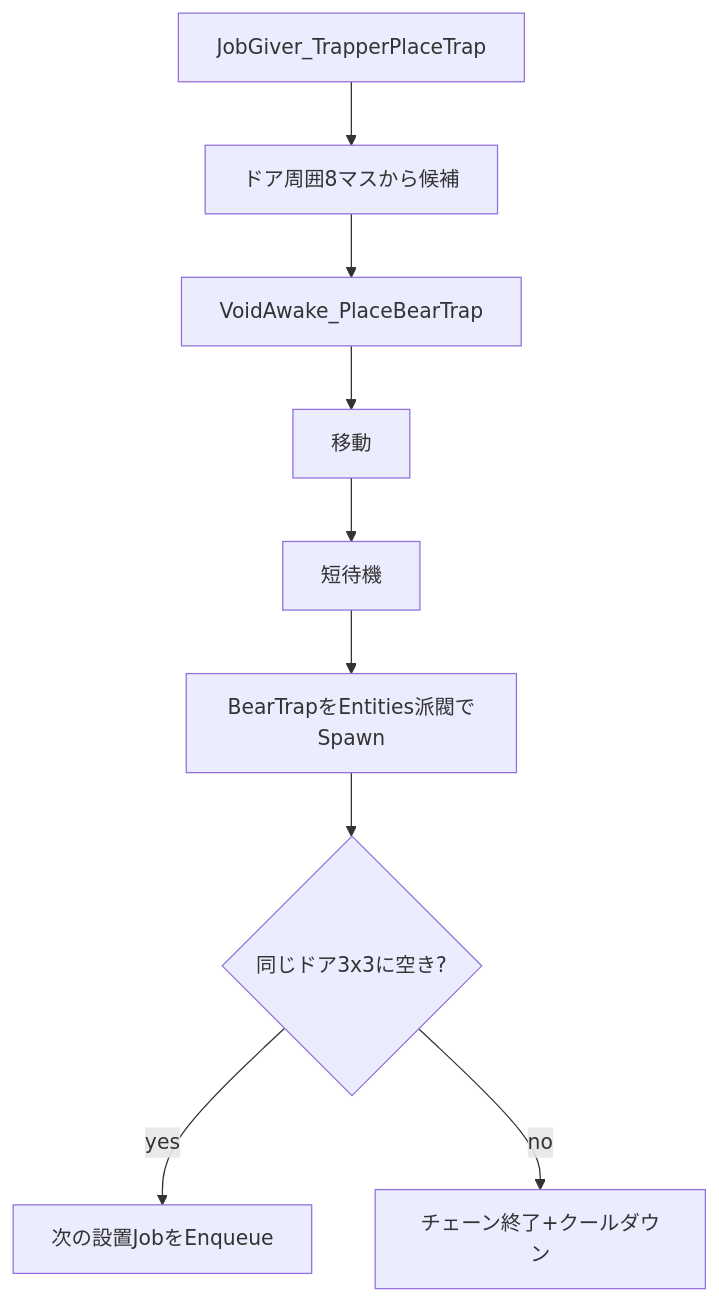
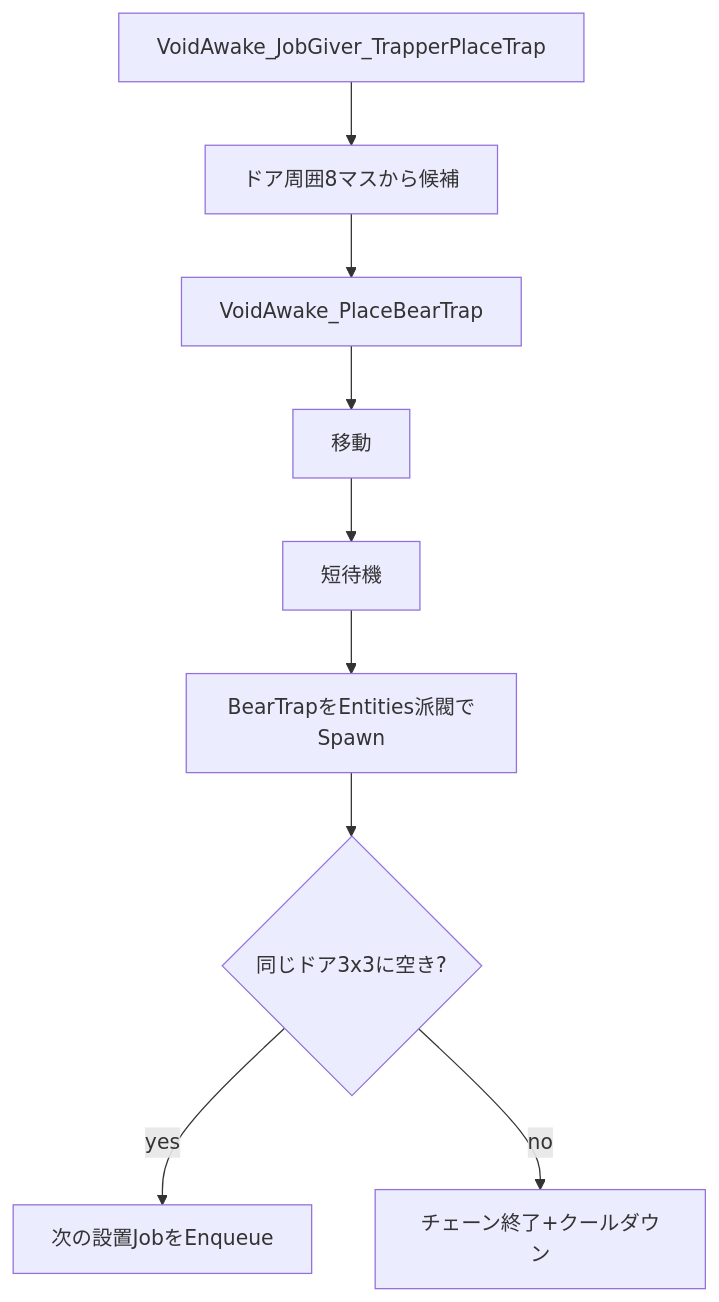
The fourth of 5 diagrams in Docs/Trapper.md (WlLL1204/VoidAwake), drawn with Mermaid before and after one commit. The commit also changed other lines of this file and 354 other files, not shown here.

````diff
--- a/Docs/Trapper.md
+++ b/Docs/Trapper.md
@@ -168,11 +168,11 @@
 ```mermaid
 flowchart TD
-  JG[JobGiver_TrapperPlaceTrap] --> Pick[ドア周囲8マスから候補]
+  JG[VoidAwake_JobGiver_TrapperPlaceTrap] --> Pick[ドア周囲8マスから候補]
   Pick --> Job[VoidAwake_PlaceBearTrap]
   Job --> Goto[移動]
   Goto --> Wait[短待機]
   Wait --> Spawn[BearTrapをEntities派閥でSpawn]
   Spawn --> Chain{同じドア3x3に空き?}
   Chain -->|yes| Queue[次の設置JobをEnqueue]
   Chain -->|no| CD[チェーン終了+クールダウン]
 ```
````
